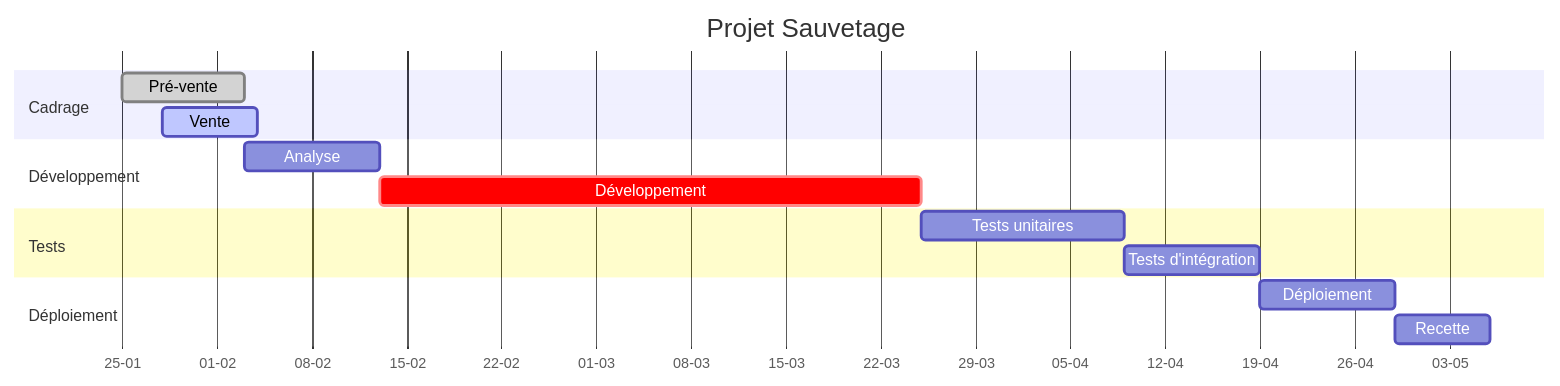
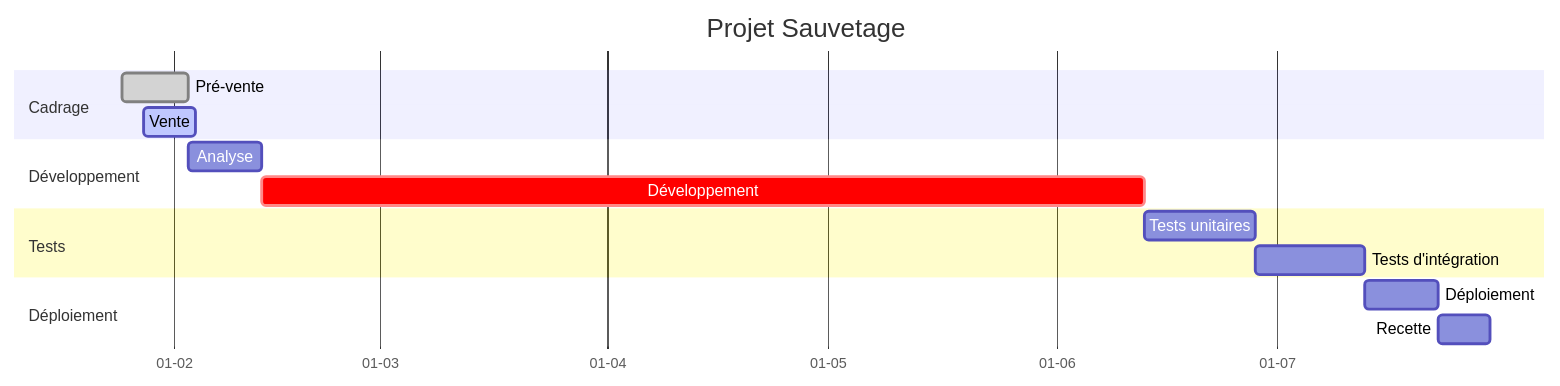
The second of 2 diagrams in README.md (remiv1/sauvetage), drawn with Mermaid before and after one commit. The commit also changed other lines of this file and 19 other files, not shown here.

````diff
--- a/README.md
+++ b/README.md
@@ -120,18 +176,18 @@
 ```mermaid
 gantt
     title Projet Sauvetage
     dateFormat  DD-MM-YYYY
     axisFormat  %d-%m
     section Cadrage
     Pré-vente :done, a1, 25-01-2026, 9d
     Vente :active, a21, 28-01-2026, 7d
     section Développement
     Analyse :a2, after a1, 10d
-    Développement :crit, a3, after a2, 40d
+    Développement :crit, a3, after a2, 120d
     section Tests
     Tests unitaires :a4, after a3, 15d
-    Tests d'intégration :a5, after a4, 10d
+    Tests d'intégration :a5, after a4, 15d
     section Déploiement
     Déploiement :a6, after a5, 10d
     Recette :a7, after a6, 7d
 ```
````
